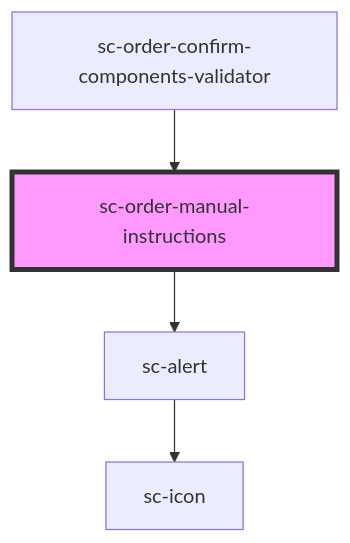
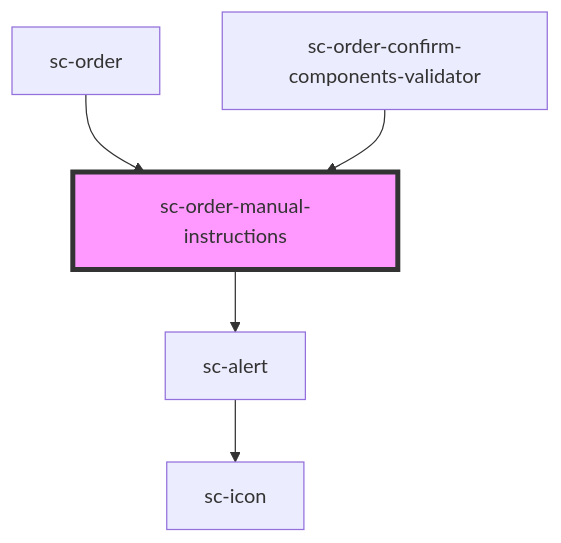
Before and after one commit to surecart/surecart-wp-plugin: the diagram in packages/components/src/components/controllers/confirmation/manual-instructions/readme.md, drawn with Mermaid. The commit also changed other lines of this file and 4 other files, not shown here.

````diff
--- a/packages/components/src/components/controllers/confirmation/manual-instructions/readme.md
+++ b/packages/components/src/components/controllers/confirmation/manual-instructions/readme.md
@@ -27,7 +28,8 @@
 ```mermaid
 graph TD;
   sc-order-manual-instructions --> sc-alert
   sc-alert --> sc-icon
+  sc-order --> sc-order-manual-instructions
   sc-order-confirm-components-validator --> sc-order-manual-instructions
   style sc-order-manual-instructions fill:#f9f,stroke:#333,stroke-width:4px
 ```
````
